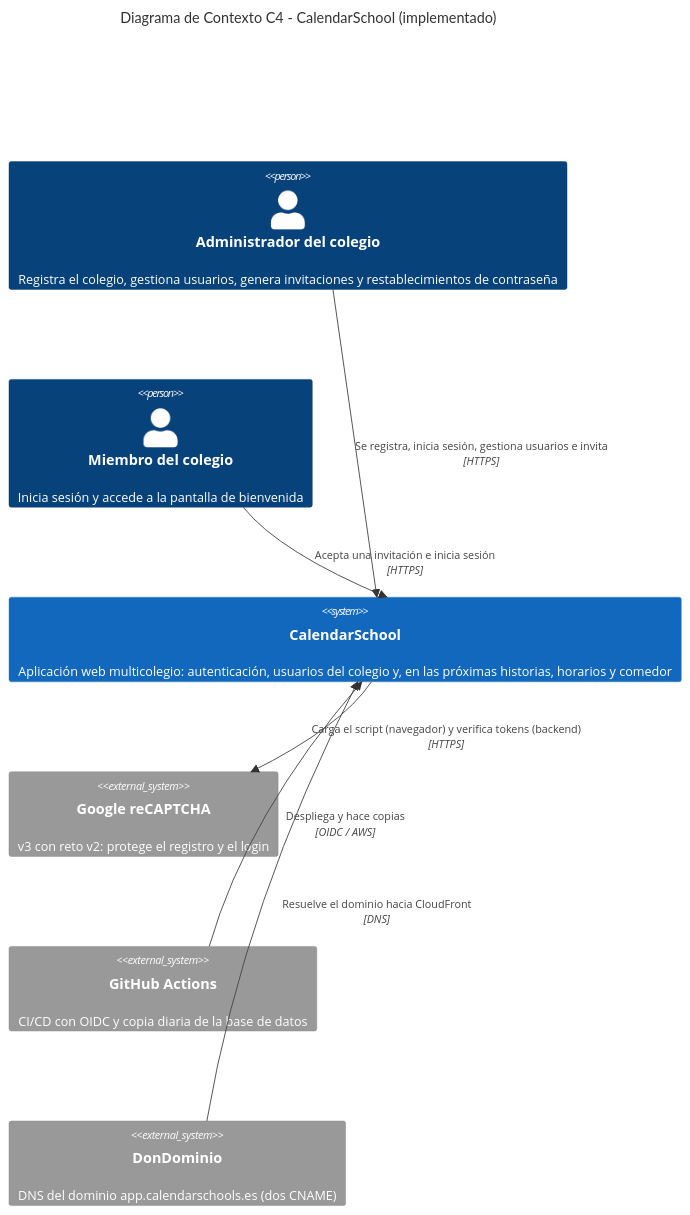
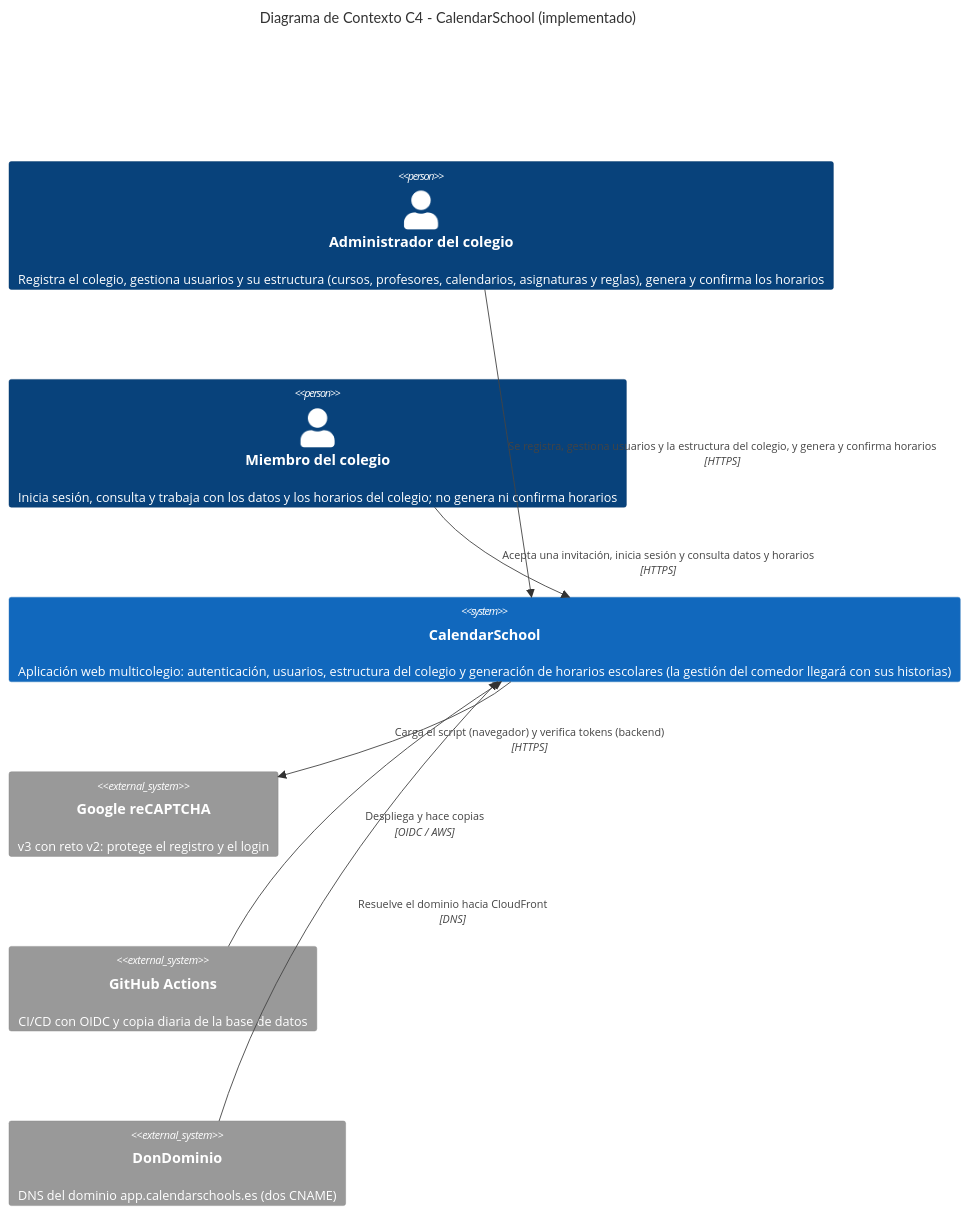
One commit to kiketon007/CalendarSchool changed the first of 13 diagrams in docs/arquitectura/DIAGRAMA_C4.md. Above: the diagram before and after it, drawn with Mermaid. The commit also changed other lines of this file and 2 other files, not shown here.

First line of the commit message:
docs(arquitectura): poner al día la arquitectura, los diagramas C4 y el modelo de Structurizr

````diff
--- a/docs/arquitectura/DIAGRAMA_C4.md
+++ b/docs/arquitectura/DIAGRAMA_C4.md
@@ -18,19 +18,19 @@
 ```mermaid
 C4Context
     title Diagrama de Contexto C4 - CalendarSchool (implementado)
 
-    Person(admin, "Administrador del colegio", "Registra el colegio, gestiona usuarios, genera invitaciones y restablecimientos de contraseña")
-    Person(member, "Miembro del colegio", "Inicia sesión y accede a la pantalla de bienvenida")
+    Person(admin, "Administrador del colegio", "Registra el colegio, gestiona usuarios y su estructura (cursos, profesores, calendarios, asignaturas y reglas), genera y confirma los horarios")
+    Person(member, "Miembro del colegio", "Inicia sesión, consulta y trabaja con los datos y los horarios del colegio; no genera ni confirma horarios")
 
-    System(calendarschool, "CalendarSchool", "Aplicación web multicolegio: autenticación, usuarios del colegio y, en las próximas historias, horarios y comedor")
+    System(calendarschool, "CalendarSchool", "Aplicación web multicolegio: autenticación, usuarios, estructura del colegio y generación de horarios escolares (la gestión del comedor llegará con sus historias)")
 
     System_Ext(recaptcha, "Google reCAPTCHA", "v3 con reto v2: protege el registro y el login")
     System_Ext(github, "GitHub Actions", "CI/CD con OIDC y copia diaria de la base de datos")
     System_Ext(dns, "DonDominio", "DNS del dominio app.calendarschools.es (dos CNAME)")
 
-    Rel(admin, calendarschool, "Se registra, inicia sesión, gestiona usuarios e invita", "HTTPS")
-    Rel(member, calendarschool, "Acepta una invitación e inicia sesión", "HTTPS")
+    Rel(admin, calendarschool, "Se registra, gestiona usuarios y la estructura del colegio, y genera y confirma horarios", "HTTPS")
+    Rel(member, calendarschool, "Acepta una invitación, inicia sesión y consulta datos y horarios", "HTTPS")
     Rel(calendarschool, recaptcha, "Carga el script (navegador) y verifica tokens (backend)", "HTTPS")
     Rel(github, calendarschool, "Despliega y hace copias", "OIDC / AWS")
     Rel(dns, calendarschool, "Resuelve el dominio hacia CloudFront", "DNS")
 ```
````
